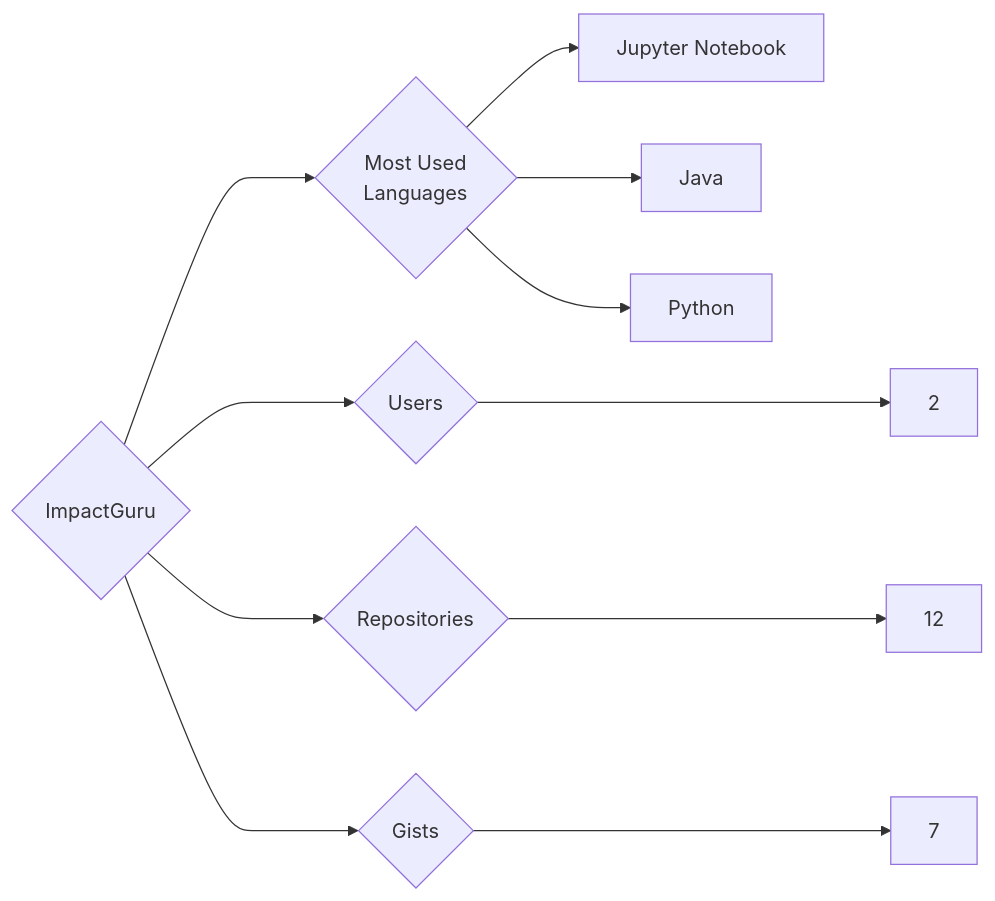
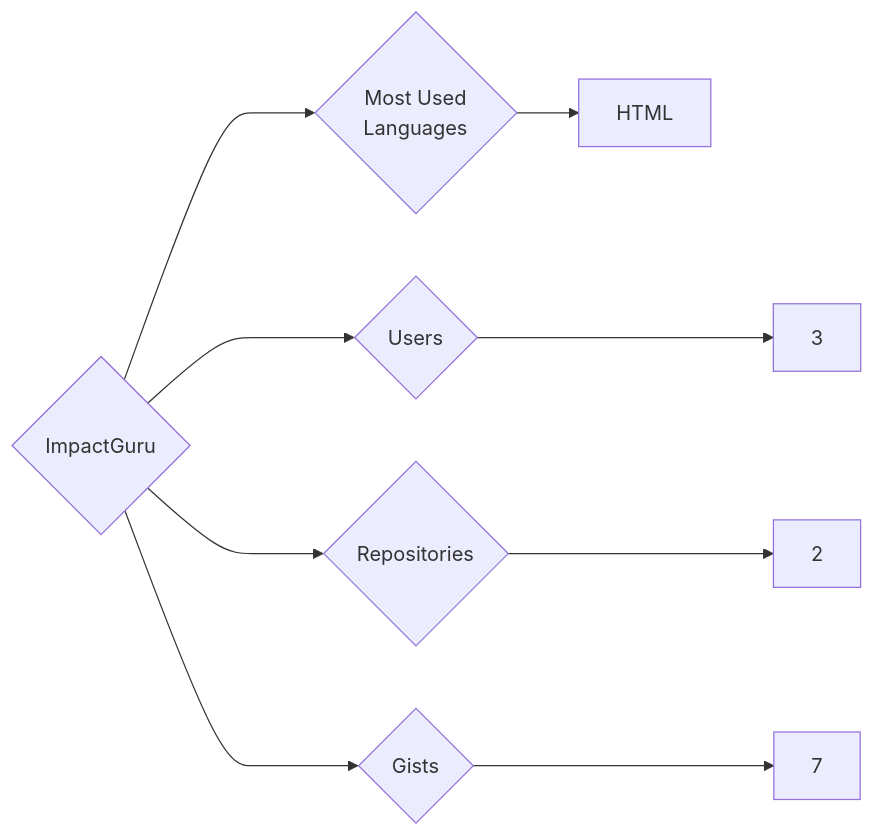
The diagram in targets/ImpactGuru/README.md (trickest/insiders), drawn with Mermaid before and after one commit. The commit also changed 1166 other files, not shown here.

````diff
--- a/targets/ImpactGuru/README.md
+++ b/targets/ImpactGuru/README.md
@@ -3,11 +3,9 @@
 ```mermaid
 graph LR
 COMPANY_NAME{ImpactGuru}
-COMPANY_NAME ---> U{Users} ---> UN[2]
-COMPANY_NAME ---> R{Repositories} ---> RN[12]
+COMPANY_NAME ---> U{Users} ---> UN[3]
+COMPANY_NAME ---> R{Repositories} ---> RN[2]
 COMPANY_NAME ---> G{Gists} ---> GN[7]
 COMPANY_NAME ---> ML{Most Used<br>Languages}
-ML --> Jupyter_Notebook[Jupyter Notebook]
-ML --> Java[Java]
-ML --> Python[Python]
+ML --> HTML[HTML]
 ```
````
